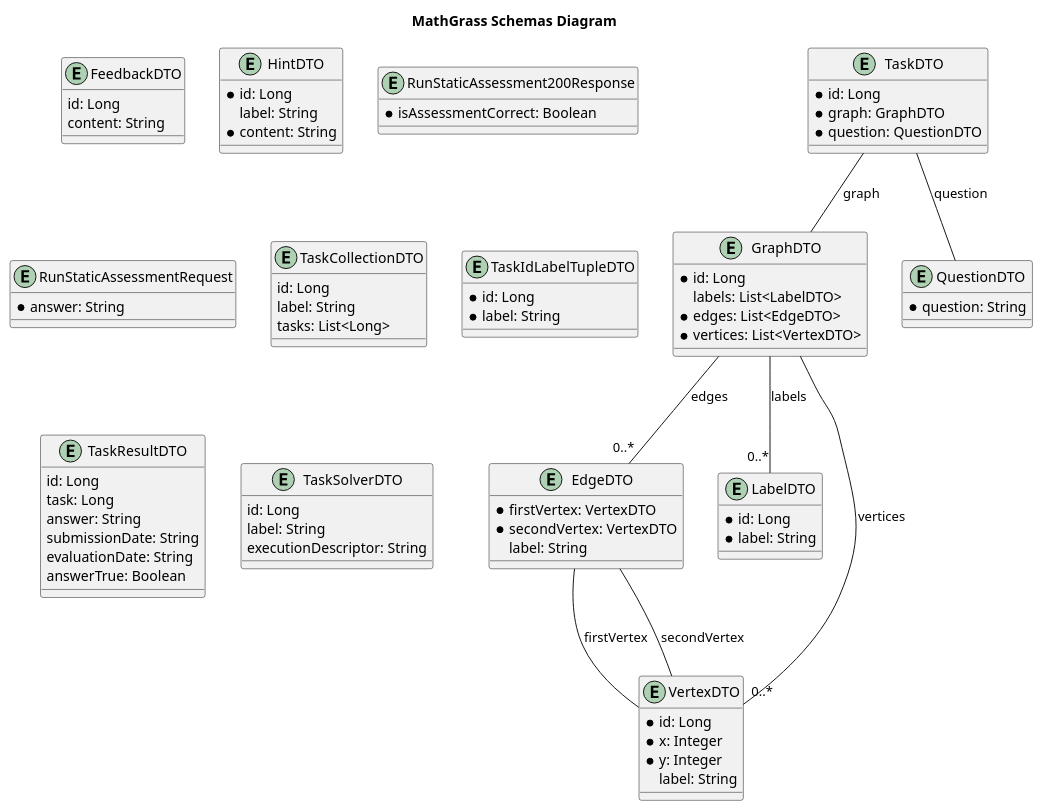
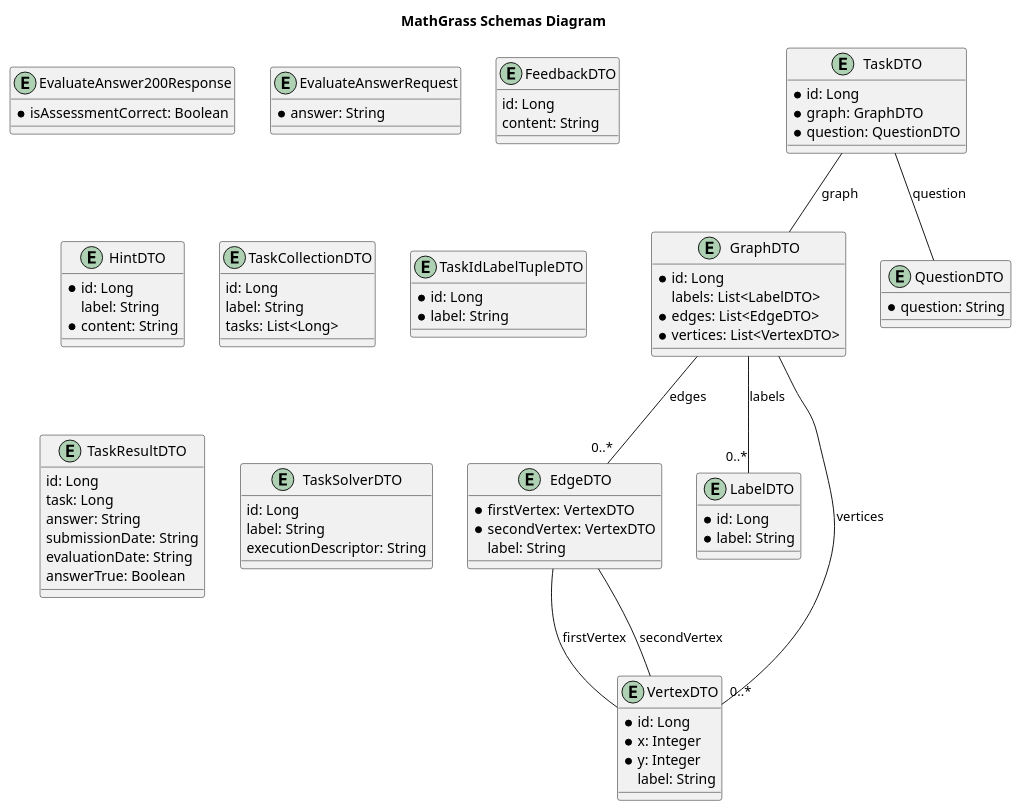
The diagram in openapi-spec/schemas.plantuml (MathGrass/mathgrass-api), drawn with PlantUML before and after one commit. The commit also changed 12 other files, not shown here.

```diff
--- a/openapi-spec/schemas.plantuml
+++ b/openapi-spec/schemas.plantuml
@@ -1,94 +1,94 @@
 @startuml
 
 title MathGrass Schemas Diagram
 
 entity EdgeDTO {
     * firstVertex: VertexDTO
     * secondVertex: VertexDTO
     label: String
+}
+
+entity EvaluateAnswer200Response {
+    * isAssessmentCorrect: Boolean
+}
+
+entity EvaluateAnswerRequest {
+    * answer: String
 }
 
 entity FeedbackDTO {
     id: Long
     content: String
 }
 
 entity GraphDTO {
     * id: Long
     labels: List<LabelDTO>
     * edges: List<EdgeDTO>
     * vertices: List<VertexDTO>
 }
 
 entity HintDTO {
     * id: Long
     label: String
     * content: String
 }
 
 entity LabelDTO {
     * id: Long
     * label: String
 }
 
 entity QuestionDTO {
     * question: String
-}
-
-entity RunStaticAssessment200Response {
-    * isAssessmentCorrect: Boolean
-}
-
-entity RunStaticAssessmentRequest {
-    * answer: String
 }
 
 entity TaskCollectionDTO {
     id: Long
     label: String
     tasks: List<Long>
 }
 
 entity TaskDTO {
     * id: Long
     * graph: GraphDTO
     * question: QuestionDTO
 }
 
 entity TaskIdLabelTupleDTO {
     * id: Long
     * label: String
 }
 
 entity TaskResultDTO {
     id: Long
     task: Long
     answer: String
     submissionDate: String
     evaluationDate: String
     answerTrue: Boolean
 }
 
 entity TaskSolverDTO {
     id: Long
     label: String
     executionDescriptor: String
 }
 
 entity VertexDTO {
     * id: Long
     * x: Integer
     * y: Integer
     label: String
 }
 
 
 GraphDTO -- "0..*" LabelDTO : labels
 GraphDTO -- "0..*" EdgeDTO : edges
 GraphDTO -- "0..*" VertexDTO : vertices
 TaskDTO -- GraphDTO : graph
 TaskDTO -- QuestionDTO : question
 EdgeDTO -- VertexDTO : firstVertex
 EdgeDTO -- VertexDTO : secondVertex
 
 @enduml
```
